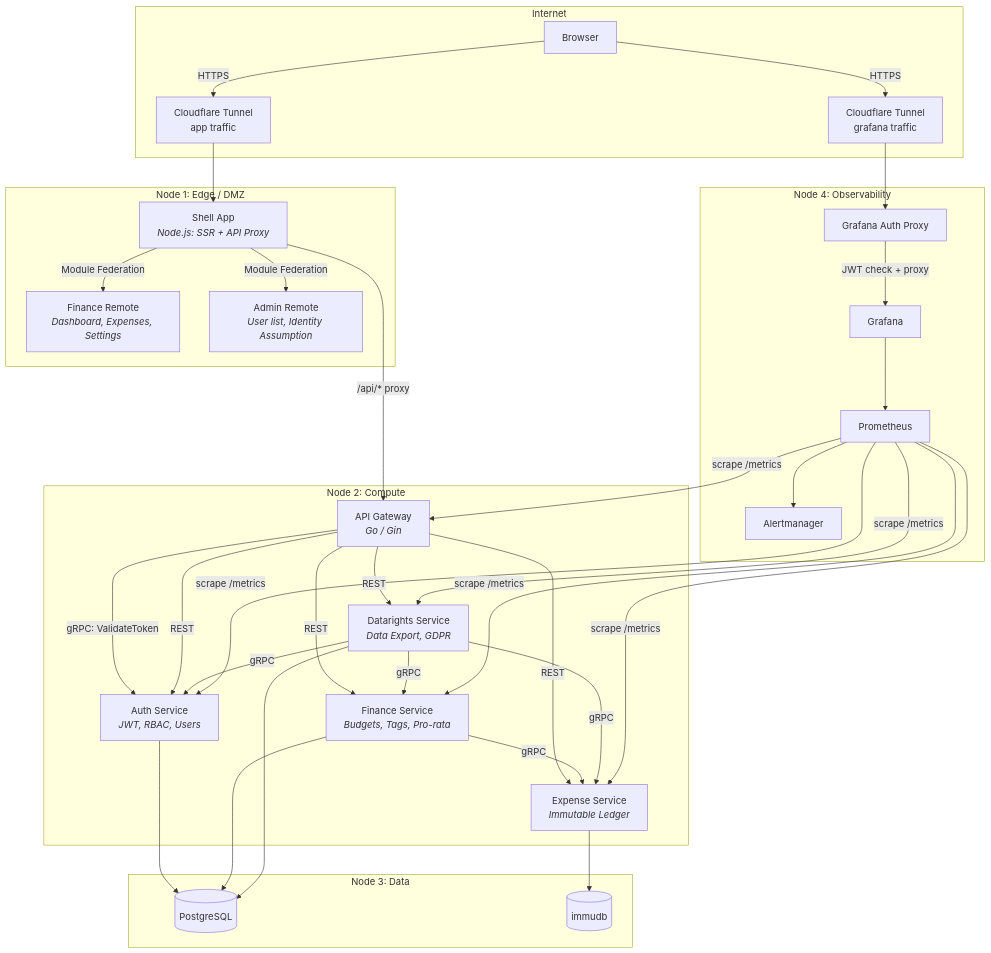
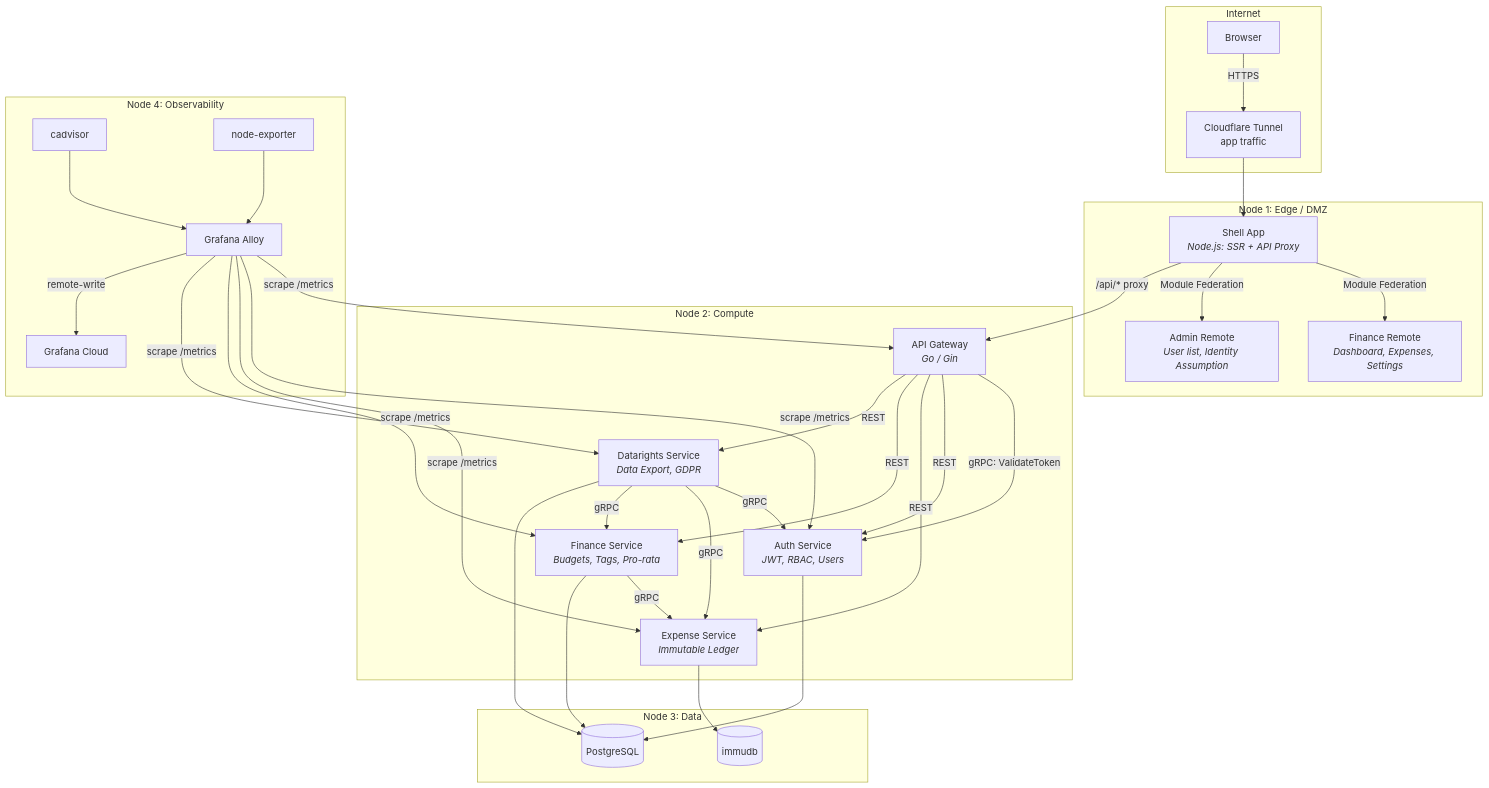
Before and after one commit to ItsThompson/gofin: the diagram in README.md, drawn with Mermaid. The commit also changed other lines of this file and 3 other files, not shown here.

````diff
--- a/README.md
+++ b/README.md
@@ -44,65 +44,63 @@
 ```mermaid
 graph TB
     subgraph Internet
         Browser[Browser]
         CFApp[Cloudflare Tunnel<br/>app traffic]
-        CFGraf[Cloudflare Tunnel<br/>grafana traffic]
     end
 
     subgraph Node1[Node 1: Edge / DMZ]
         Shell[Shell App<br/><i>Node.js: SSR + API Proxy</i>]
         FinMFE[Finance Remote<br/><i>Dashboard, Expenses, Settings</i>]
         AdminMFE[Admin Remote<br/><i>User list, Identity Assumption</i>]
     end
 
     subgraph Node2[Node 2: Compute]
         GW[API Gateway<br/><i>Go / Gin</i>]
         Auth[Auth Service<br/><i>JWT, RBAC, Users</i>]
         Expense[Expense Service<br/><i>Immutable Ledger</i>]
         Finance[Finance Service<br/><i>Budgets, Tags, Pro-rata</i>]
         DR[Datarights Service<br/><i>Data Export, GDPR</i>]
     end
 
     subgraph Node3[Node 3: Data]
         PG[(PostgreSQL)]
         Immudb[(immudb)]
     end
 
     subgraph Node4[Node 4: Observability]
-        AuthProxy[Grafana Auth Proxy]
-        Grafana[Grafana]
-        Prom[Prometheus]
-        Alert[Alertmanager]
+        Alloy[Grafana Alloy]
+        CAD[cadvisor]
+        NE[node-exporter]
+        GC[Grafana Cloud]
     end
 
     Browser -->|HTTPS| CFApp --> Shell
-    Browser -->|HTTPS| CFGraf --> AuthProxy
 
     Shell -->|Module Federation| FinMFE
     Shell -->|Module Federation| AdminMFE
     Shell -->|/api/* proxy| GW
 
     GW -->|gRPC: ValidateToken| Auth
     GW -->|REST| Auth
     GW -->|REST| Expense
     GW -->|REST| Finance
     GW -->|REST| DR
     Finance -->|gRPC| Expense
     DR -->|gRPC| Auth
     DR -->|gRPC| Expense
     DR -->|gRPC| Finance
 
     Auth --> PG
     Finance --> PG
     DR --> PG
     Expense --> Immudb
 
-    AuthProxy -->|JWT check + proxy| Grafana
-    Prom -->|scrape /metrics| GW
-    Prom -->|scrape /metrics| Auth
-    Prom -->|scrape /metrics| Expense
-    Prom -->|scrape /metrics| Finance
-    Prom -->|scrape /metrics| DR
-    Prom --> Alert
-    Grafana --> Prom
+    Alloy -->|scrape /metrics| GW
+    Alloy -->|scrape /metrics| Auth
+    Alloy -->|scrape /metrics| Expense
+    Alloy -->|scrape /metrics| Finance
+    Alloy -->|scrape /metrics| DR
+    CAD --> Alloy
+    NE --> Alloy
+    Alloy -->|remote-write| GC
 ```
````
